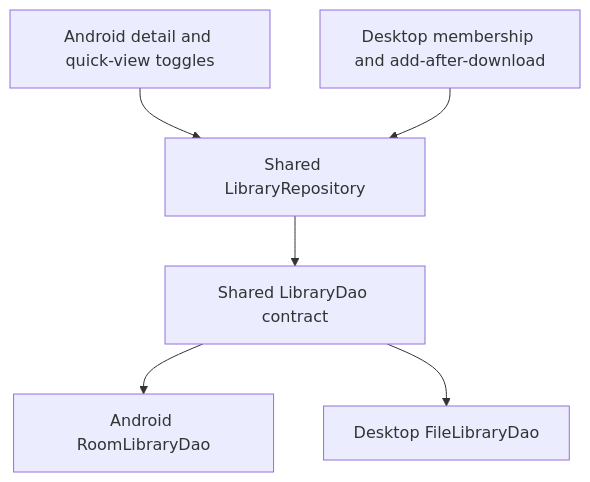
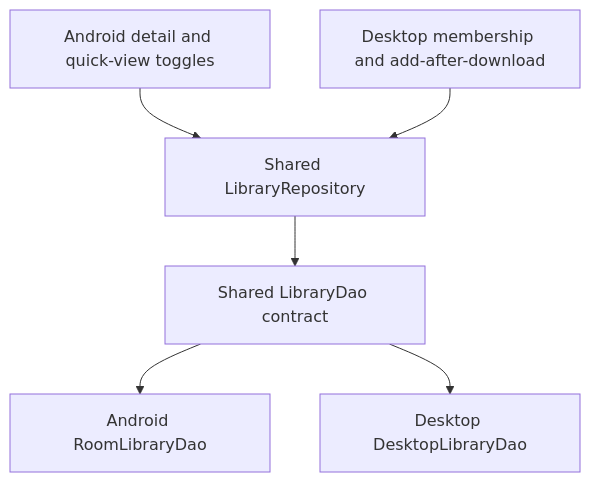
The second of 3 diagrams in docs/shared-storage.md (Operation-Grimoire/grimoire), drawn with Mermaid before and after one commit. The commit also changed other lines of this file and 19 other files, not shown here.

````diff
--- a/docs/shared-storage.md
+++ b/docs/shared-storage.md
@@ -73,8 +74,8 @@
 ```mermaid
 flowchart TB
     Android[Android detail and quick-view toggles] --> Repository[Shared LibraryRepository]
     Desktop[Desktop membership and add-after-download] --> Repository
     Repository --> Contract[Shared LibraryDao contract]
     Contract --> Room[Android RoomLibraryDao]
-    Contract --> Files[Desktop FileLibraryDao]
+    Contract --> SQL[Desktop DesktopLibraryDao]
 ```
````
